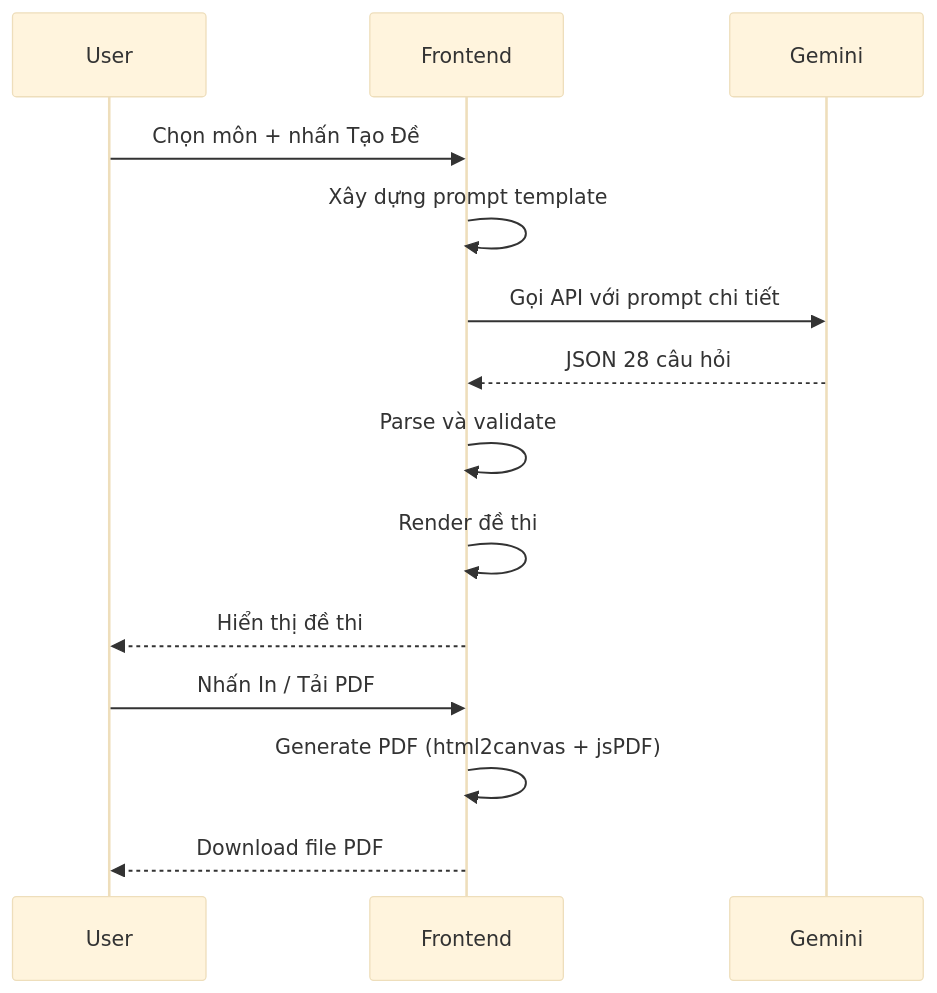
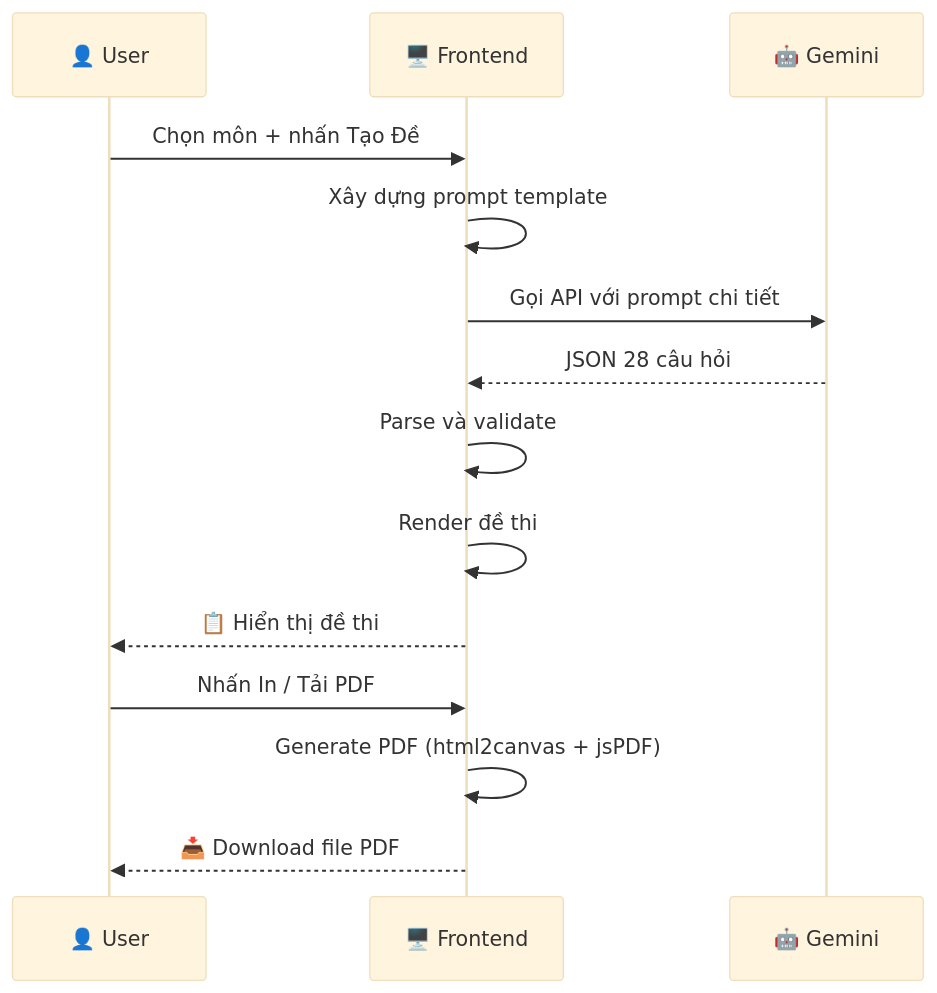
The fourth of 6 diagrams in README.md (LongNgn204/totnghiepcongnghecungai1), drawn with Mermaid (base theme) before and after one commit. The commit also changed other lines of this file and 4 other files, not shown here.

````diff
--- a/README.md
+++ b/README.md
@@ -169,17 +211,17 @@
 ```mermaid
 sequenceDiagram
-    participant User
-    participant Frontend
-    participant Gemini
+    participant U as 👤 User
+    participant F as 🖥️ Frontend
+    participant AI as 🤖 Gemini
 
-    User->>Frontend: Chọn môn + nhấn Tạo Đề
-    Frontend->>Frontend: Xây dựng prompt template
-    Frontend->>Gemini: Gọi API với prompt chi tiết
-    Gemini-->>Frontend: JSON 28 câu hỏi
-    Frontend->>Frontend: Parse và validate
-    Frontend->>Frontend: Render đề thi
-    Frontend-->>User: Hiển thị đề thi
-    User->>Frontend: Nhấn In / Tải PDF
-    Frontend->>Frontend: Generate PDF (html2canvas + jsPDF)
-    Frontend-->>User: Download file PDF
+    U->>F: Chọn môn + nhấn Tạo Đề
+    F->>F: Xây dựng prompt template
+    F->>AI: Gọi API với prompt chi tiết
+    AI-->>F: JSON 28 câu hỏi
+    F->>F: Parse và validate
+    F->>F: Render đề thi
+    F-->>U: 📋 Hiển thị đề thi
+    U->>F: Nhấn In / Tải PDF
+    F->>F: Generate PDF (html2canvas + jsPDF)
+    F-->>U: 📥 Download file PDF
 ```
````
